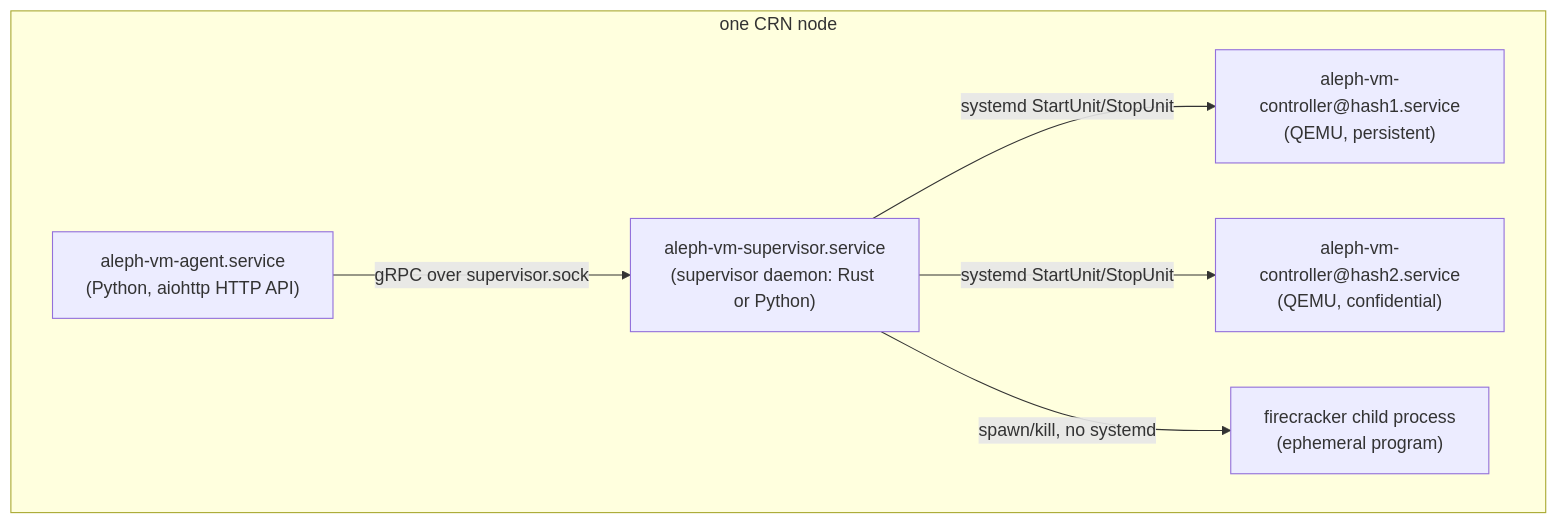
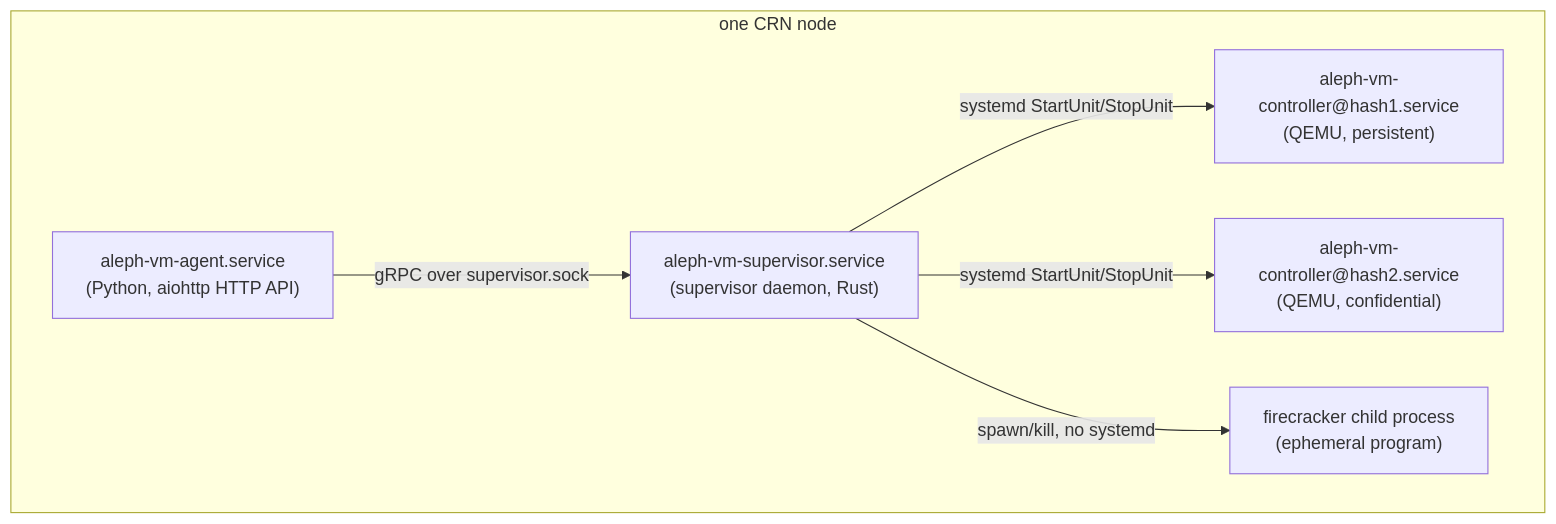
Before and after one commit to aleph-im/aleph-vm: the diagram in docs/architecture/process-model.md, drawn with Mermaid. The commit also changed other lines of this file and 10 other files, not shown here.

````diff
--- a/docs/architecture/process-model.md
+++ b/docs/architecture/process-model.md
@@ -24,11 +24,11 @@
 ```mermaid
 flowchart TB
     subgraph node["one CRN node"]
         agent["aleph-vm-agent.service<br/>(Python, aiohttp HTTP API)"]
-        supervisor["aleph-vm-supervisor.service<br/>(supervisor daemon: Rust or Python)"]
+        supervisor["aleph-vm-supervisor.service<br/>(supervisor daemon, Rust)"]
         agent -- "gRPC over supervisor.sock" --> supervisor
         supervisor -- "systemd StartUnit/StopUnit" --> ctrl1["aleph-vm-controller@hash1.service<br/>(QEMU, persistent)"]
         supervisor -- "systemd StartUnit/StopUnit" --> ctrl2["aleph-vm-controller@hash2.service<br/>(QEMU, confidential)"]
         supervisor -- "spawn/kill, no systemd" --> fc["firecracker child process<br/>(ephemeral program)"]
     end
 ```
````
